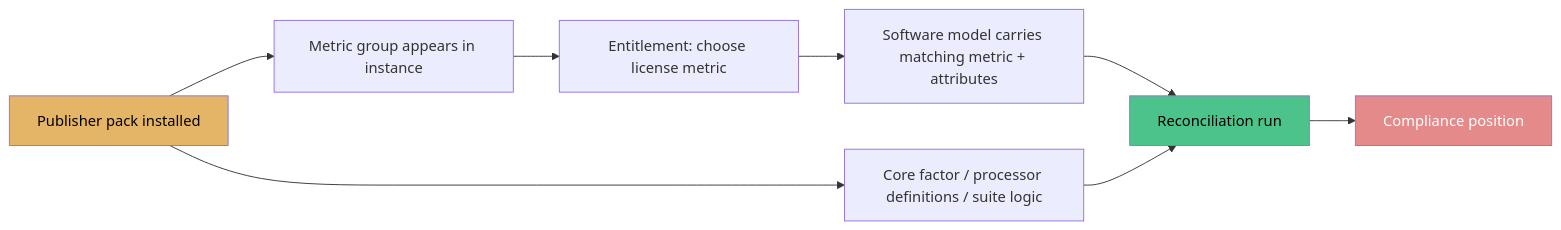
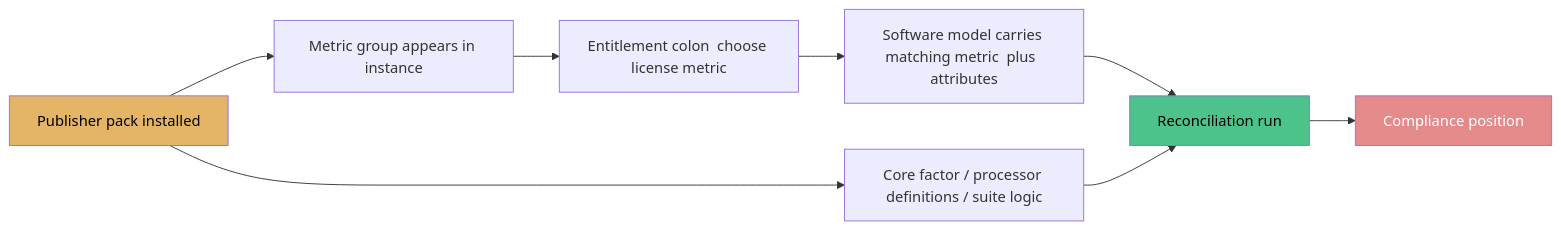
The third of 8 diagrams in docs/modules/sam/sam-guide.md (eltonaguiar/ServiceNow_Learning_TSOM-_CSM_FSM_SalesCRM_HAM_ITSM), drawn with Mermaid before and after one commit. The commit also changed other lines of this file and 19 other files, not shown here.

Commit message:
Fix all Mermaid diagram special characters - replace dollar, parens, slashes, quotes, pipes, nested brackets and other unsafe chars inside brackets with safe alternatives across 19 files

````diff
--- a/docs/modules/sam/sam-guide.md
+++ b/docs/modules/sam/sam-guide.md
@@ -309,13 +309,13 @@
 ```mermaid
 flowchart LR
     PACK[Publisher pack installed] --> MG[Metric group appears in instance]
-    MG --> ENT[Entitlement: choose license metric]
-    ENT --> MODEL[Software model carries matching metric + attributes]
+    MG --> ENT[Entitlement colon  choose license metric]
+    ENT --> MODEL[Software model carries matching metric  plus  attributes]
     PACK --> RULES[Core factor / processor definitions / suite logic]
     MODEL --> RECON[Reconciliation run]
     RULES --> RECON
     RECON --> POS[Compliance position]
     style PACK fill:#e5b567,color:#000
     style RECON fill:#4cc38a,color:#000
     style POS fill:#e58a8a,color:#fff
 ```
````
